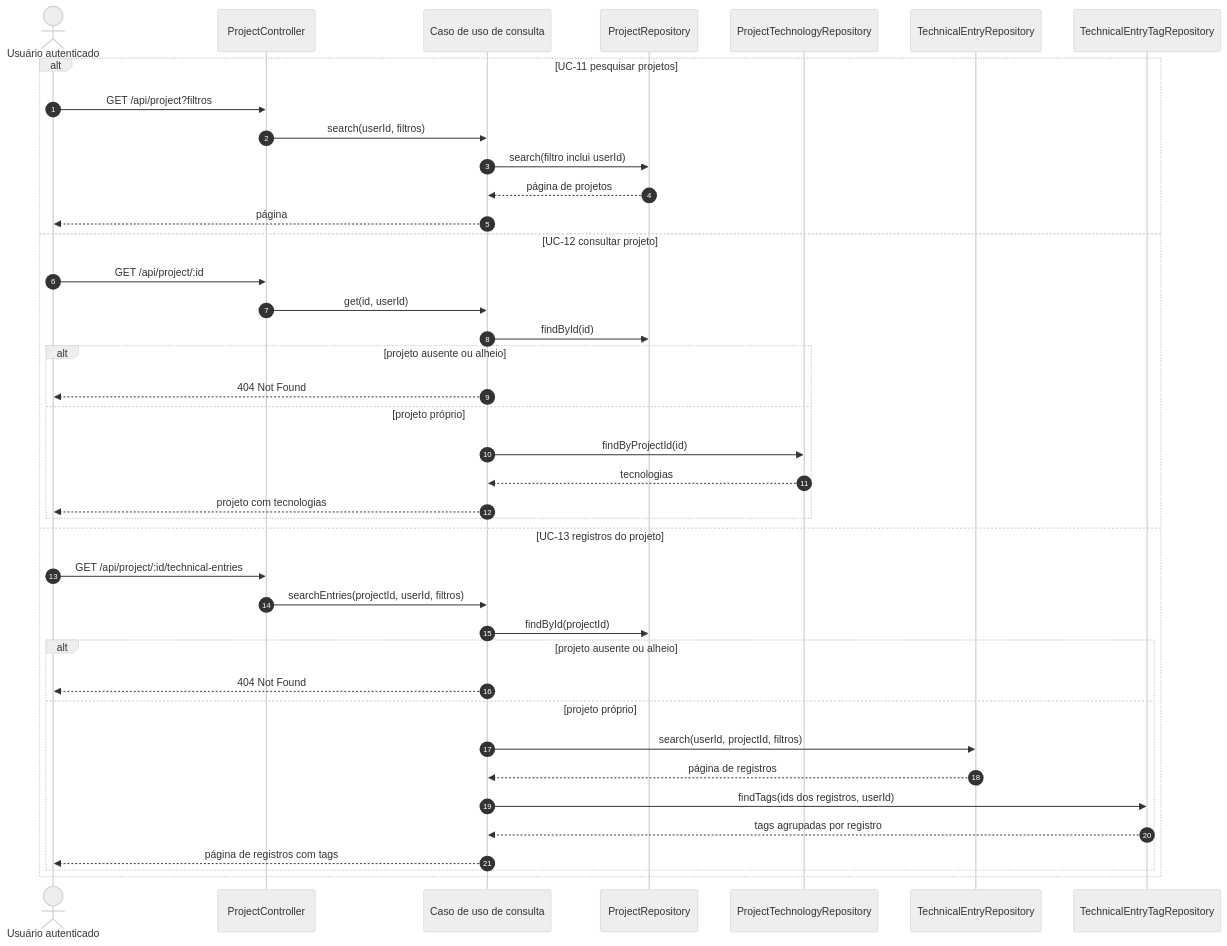
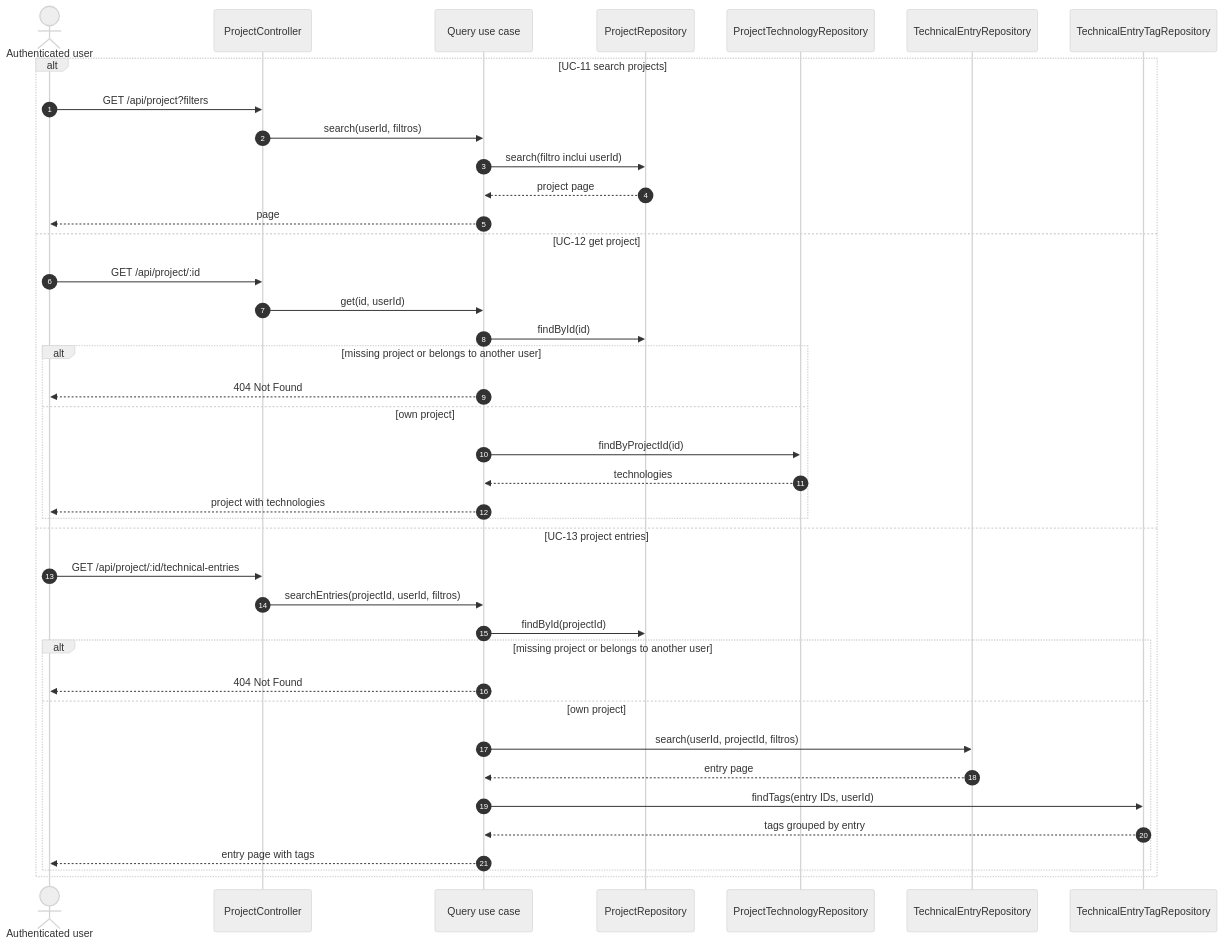
Before and after one commit to Lucalopezz/DevLog: the second of 6 diagrams in docs/diagrams/sequences/projects.md, drawn with Mermaid (neutral theme). The commit also changed other lines of this file and 235 other files, not shown here.

````diff
--- a/docs/diagrams/sequences/projects.md
+++ b/docs/diagrams/sequences/projects.md
@@ -30,43 +30,43 @@
 ```mermaid
 sequenceDiagram
     autonumber
-    actor Usuario as Usuário autenticado
+    actor UserActor as Authenticated user
     participant C as ProjectController
-    participant UC as Caso de uso de consulta
+    participant UC as Query use case
     participant PRepo as ProjectRepository
     participant TechRepo as ProjectTechnologyRepository
     participant ERepo as TechnicalEntryRepository
     participant LinkRepo as TechnicalEntryTagRepository
 
-    alt UC-11 pesquisar projetos
-        Usuario->>C: GET /api/project?filtros
+    alt UC-11 search projects
+        UserActor->>C: GET /api/project?filters
         C->>UC: search(userId, filtros)
         UC->>PRepo: search(filtro inclui userId)
-        PRepo-->>UC: página de projetos
-        UC-->>Usuario: página
-    else UC-12 consultar projeto
-        Usuario->>C: GET /api/project/:id
+        PRepo-->>UC: project page
+        UC-->>UserActor: page
+    else UC-12 get project
+        UserActor->>C: GET /api/project/:id
         C->>UC: get(id, userId)
         UC->>PRepo: findById(id)
-        alt projeto ausente ou alheio
-            UC-->>Usuario: 404 Not Found
-        else projeto próprio
+        alt missing project or belongs to another user
+            UC-->>UserActor: 404 Not Found
+        else own project
             UC->>TechRepo: findByProjectId(id)
-            TechRepo-->>UC: tecnologias
-            UC-->>Usuario: projeto com tecnologias
+            TechRepo-->>UC: technologies
+            UC-->>UserActor: project with technologies
         end
-    else UC-13 registros do projeto
-        Usuario->>C: GET /api/project/:id/technical-entries
+    else UC-13 project entries
+        UserActor->>C: GET /api/project/:id/technical-entries
         C->>UC: searchEntries(projectId, userId, filtros)
         UC->>PRepo: findById(projectId)
-        alt projeto ausente ou alheio
-            UC-->>Usuario: 404 Not Found
-        else projeto próprio
+        alt missing project or belongs to another user
+            UC-->>UserActor: 404 Not Found
+        else own project
             UC->>ERepo: search(userId, projectId, filtros)
-            ERepo-->>UC: página de registros
-            UC->>LinkRepo: findTags(ids dos registros, userId)
-            LinkRepo-->>UC: tags agrupadas por registro
-            UC-->>Usuario: página de registros com tags
+            ERepo-->>UC: entry page
+            UC->>LinkRepo: findTags(entry IDs, userId)
+            LinkRepo-->>UC: tags grouped by entry
+            UC-->>UserActor: entry page with tags
         end
     end
 ```
````
